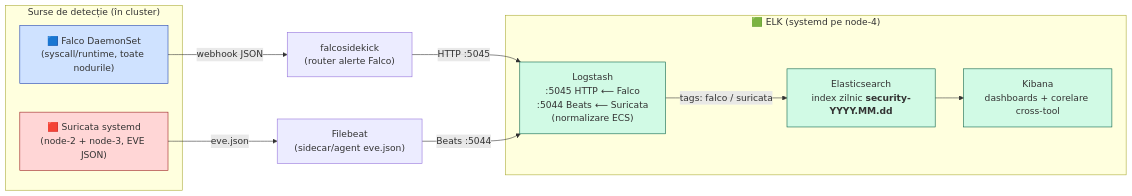
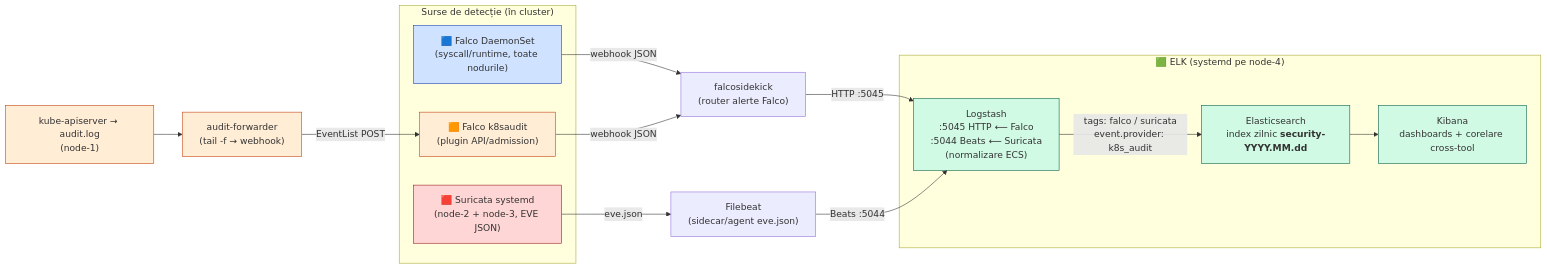
The second of 7 diagrams in docs/diagrams/flows.md (johnnyy06/k8s-threat-detection-system), drawn with Mermaid before and after one commit. The commit also changed other lines of this file and 9 other files, not shown here.

First line of the commit message:
docs(k8saudit): wire admission layer into diagrams + validate s01/s08

````diff
--- a/docs/diagrams/flows.md
+++ b/docs/diagrams/flows.md
@@ -82,27 +89,33 @@
 ```mermaid
 flowchart LR
   subgraph SRC["Surse de detecție (în cluster)"]
     falco["🟦 Falco DaemonSet<br/>(syscall/runtime, toate nodurile)"]
+    ka["🟧 Falco k8saudit<br/>(plugin API/admission)"]
     suri["🟥 Suricata systemd<br/>(node-2 + node-3, EVE JSON)"]
   end
 
+  api["kube-apiserver → audit.log<br/>(node-1)"]
+  fwd["audit-forwarder<br/>(tail -f → webhook)"]
   fs["falcosidekick<br/>(router alerte Falco)"]
   fb["Filebeat<br/>(sidecar/agent eve.json)"]
 
   subgraph ELK["🟩 ELK (systemd pe node-4)"]
     ls["Logstash<br/>:5045 HTTP ⟵ Falco<br/>:5044 Beats ⟵ Suricata<br/>(normalizare ECS)"]
     es["Elasticsearch<br/>index zilnic <b>security-YYYY.MM.dd</b>"]
     kb["Kibana<br/>dashboards + corelare cross-tool"]
   end
 
   falco -->|"webhook JSON"| fs -->|"HTTP :5045"| ls
+  api --> fwd -->|"EventList POST"| ka -->|"webhook JSON"| fs
   suri -->|"eve.json"| fb -->|"Beats :5044"| ls
-  ls -->|"tags: falco / suricata"| es --> kb
+  ls -->|"tags: falco / suricata<br/>event.provider: k8s_audit"| es --> kb
 
   classDef falco fill:#cfe2ff,stroke:#1e40af;
+  classDef k8saudit fill:#ffedd5,stroke:#c2410e;
   classDef suri fill:#ffd6d6,stroke:#991b1b;
   classDef elk fill:#d1fae5,stroke:#065f46;
   class falco falco;
+  class ka,api,fwd k8saudit;
   class suri suri;
   class ls,es,kb elk;
 ```
````
